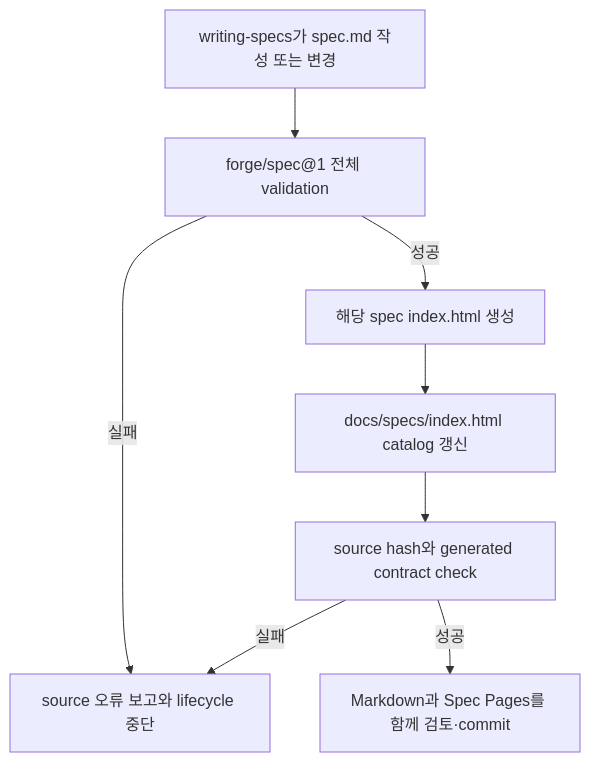
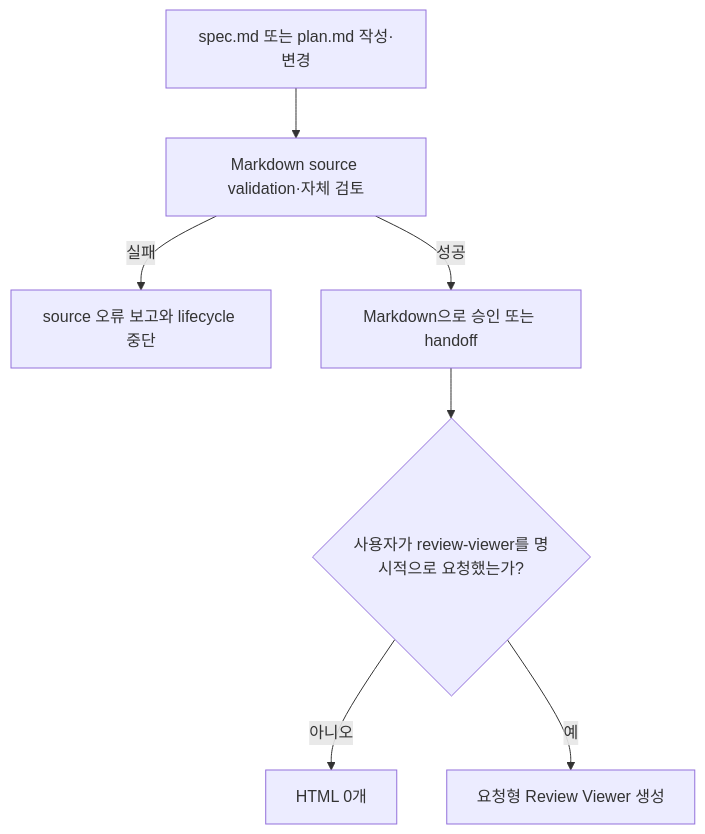
One commit to hope1026/aiagent-plugins changed the first of 4 diagrams in docs/specs/008-structured-spec-pages/spec.md. Above: the diagram before and after it, drawn with Mermaid. The commit also changed other lines of this file and 45 other files, not shown here.

Commit message:
feat(forge): cut over to markdown-only adaptive reviews

````diff
--- a/docs/specs/008-structured-spec-pages/spec.md
+++ b/docs/specs/008-structured-spec-pages/spec.md
@@ -111,10 +110,9 @@
 ```mermaid
 flowchart TD
-    A["writing-specs가 spec.md 작성 또는 변경"] --> B["forge/spec@1 전체 validation"]
+    A["spec.md 또는 plan.md 작성·변경"] --> B["Markdown source validation·자체 검토"]
     B -->|실패| C["source 오류 보고와 lifecycle 중단"]
-    B -->|성공| D["해당 spec index.html 생성"]
-    D --> E["docs/specs/index.html catalog 갱신"]
-    E --> F["source hash와 generated contract check"]
-    F -->|실패| C
-    F -->|성공| G["Markdown과 Spec Pages를 함께 검토·commit"]
+    B -->|성공| D["Markdown으로 승인 또는 handoff"]
+    D --> E{"사용자가 review-viewer를 명시적으로 요청했는가?"}
+    E -->|아니오| F["HTML 0개"]
+    E -->|예| G["요청형 Review Viewer 생성"]
 ```
````
